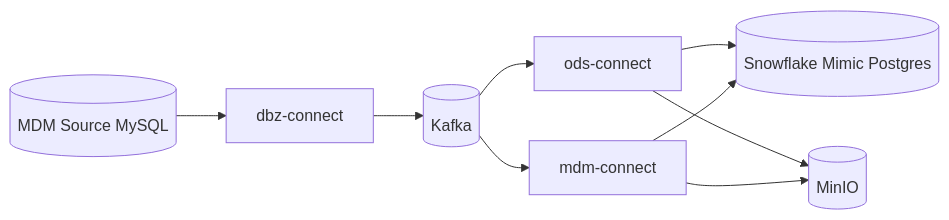
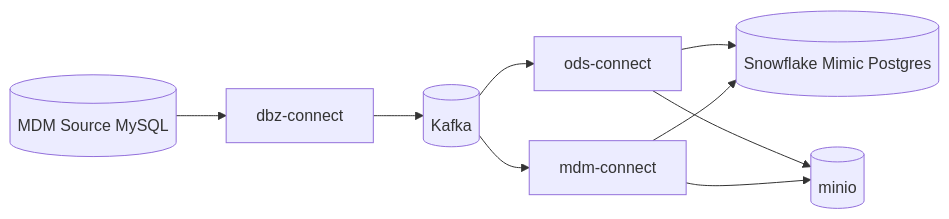
One commit to paulchen8206/Full-Stack-Modern-Data-Architecture-and-Engineering changed the first of 2 diagrams in kafka-connect/readme.md. Above: the diagram before and after it, drawn with Mermaid. The commit also changed other lines of this file and 18 other files, not shown here.

````diff
--- a/kafka-connect/readme.md
+++ b/kafka-connect/readme.md
@@ -41,19 +41,19 @@
 ```mermaid
 flowchart LR
   DBZ[dbz-connect]
   ODS[ods-connect]
   MDM[mdm-connect]
   K[(Kafka)]
   MYSQL[(MDM Source MySQL)]
   PG[(Snowflake Mimic Postgres)]
-  MINIO[(MinIO)]
+  MINIO[(minio)]
 
   MYSQL --> DBZ
   DBZ --> K
   K --> ODS
   K --> MDM
   ODS --> PG
   ODS --> MINIO
   MDM --> PG
   MDM --> MINIO
 ```
````
